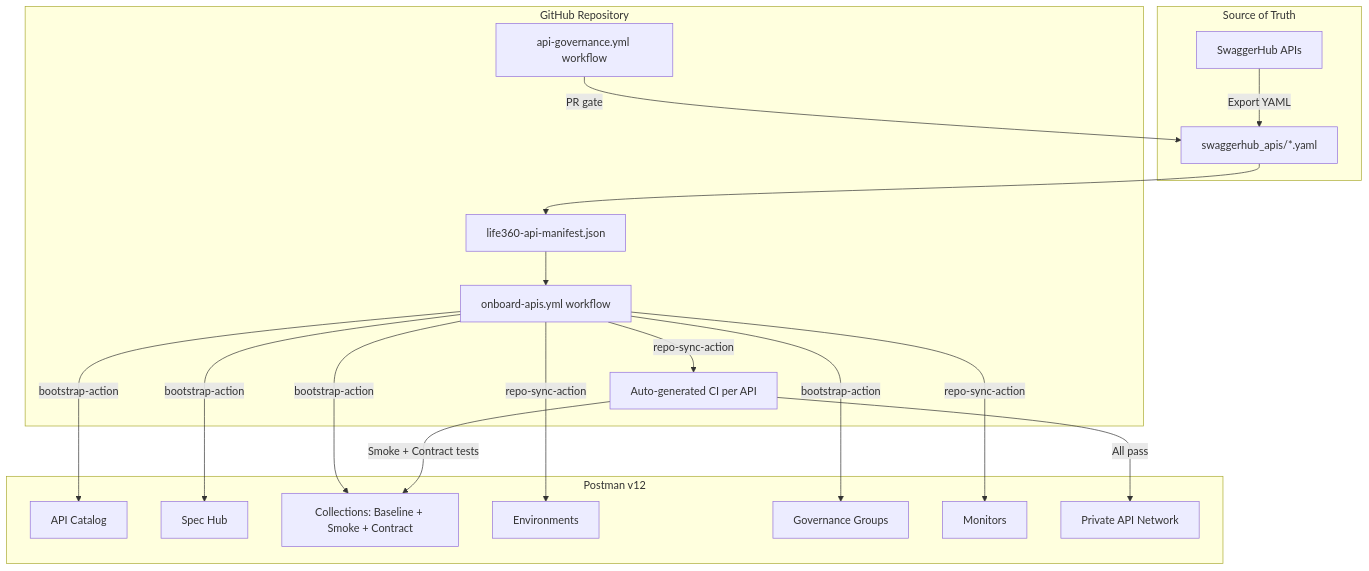
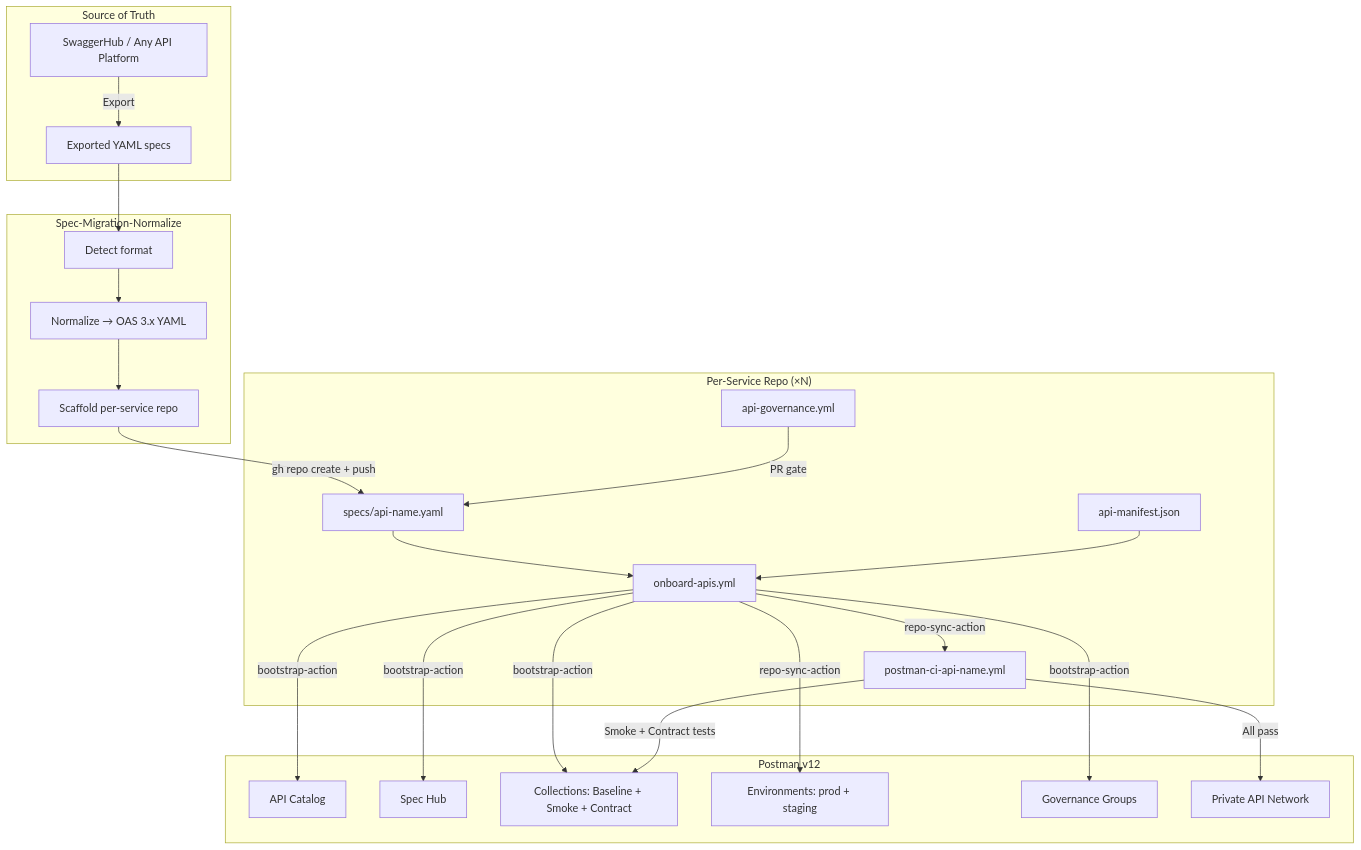
Before and after one commit to shivemind/Cust-LIFE360-pipeline: the first of 3 diagrams in README.md, drawn with Mermaid. The commit also changed other lines of this file and 1 other file, not shown here.

First line of the commit message:
docs: update README with bulk migration pipeline and BUILD_LOG with verified E2E run table

````diff
--- a/README.md
+++ b/README.md
@@ -16,40 +17,50 @@
 ```mermaid
 flowchart TD
     subgraph sources [Source of Truth]
-        SH[SwaggerHub APIs]
-        LOCAL["swaggerhub_apis/*.yaml"]
+        SH["SwaggerHub / Any API Platform"]
+        LOCAL["Exported YAML specs"]
     end
 
-    subgraph repo [GitHub Repository]
-        MANIFEST[life360-api-manifest.json]
-        ONBOARD["onboard-apis.yml workflow"]
-        GOV["api-governance.yml workflow"]
-        GENCI["Auto-generated CI per API"]
+    subgraph normalize [Spec-Migration-Normalize]
+        DETECT["Detect format"]
+        CONVERT["Normalize → OAS 3.x YAML"]
+        SCAFFOLD["Scaffold per-service repo"]
+    end
+
+    subgraph perService ["Per-Service Repo (×N)"]
+        SPEC["specs/api-name.yaml"]
+        MANIFEST["api-manifest.json"]
+        ONBOARD["onboard-apis.yml"]
+        GOV["api-governance.yml"]
+        GENCI["postman-ci-api-name.yml"]
     end
 
     subgraph postmanV12 [Postman v12]
         CATALOG[API Catalog]
         SPECHUB[Spec Hub]
         COLS["Collections: Baseline + Smoke + Contract"]
-        ENVS[Environments]
+        ENVS["Environments: prod + staging"]
         GOVGRP[Governance Groups]
-        MON[Monitors]
         PAN[Private API Network]
     end
 
-    SH -->|Export YAML| LOCAL
-    LOCAL --> MANIFEST
+    SH -->|Export| LOCAL
+    LOCAL --> DETECT
+    DETECT --> CONVERT
+    CONVERT --> SCAFFOLD
+
+    SCAFFOLD -->|"gh repo create + push"| SPEC
+    SPEC --> ONBOARD
     MANIFEST --> ONBOARD
 
     ONBOARD -->|"bootstrap-action"| CATALOG
     ONBOARD -->|"bootstrap-action"| SPECHUB
     ONBOARD -->|"bootstrap-action"| COLS
     ONBOARD -->|"bootstrap-action"| GOVGRP
     ONBOARD -->|"repo-sync-action"| ENVS
-    ONBOARD -->|"repo-sync-action"| MON
     ONBOARD -->|"repo-sync-action"| GENCI
 
-    GOV -->|PR gate| LOCAL
+    GOV -->|PR gate| SPEC
     GENCI -->|Smoke + Contract tests| COLS
     GENCI -->|All pass| PAN
 ```
````
